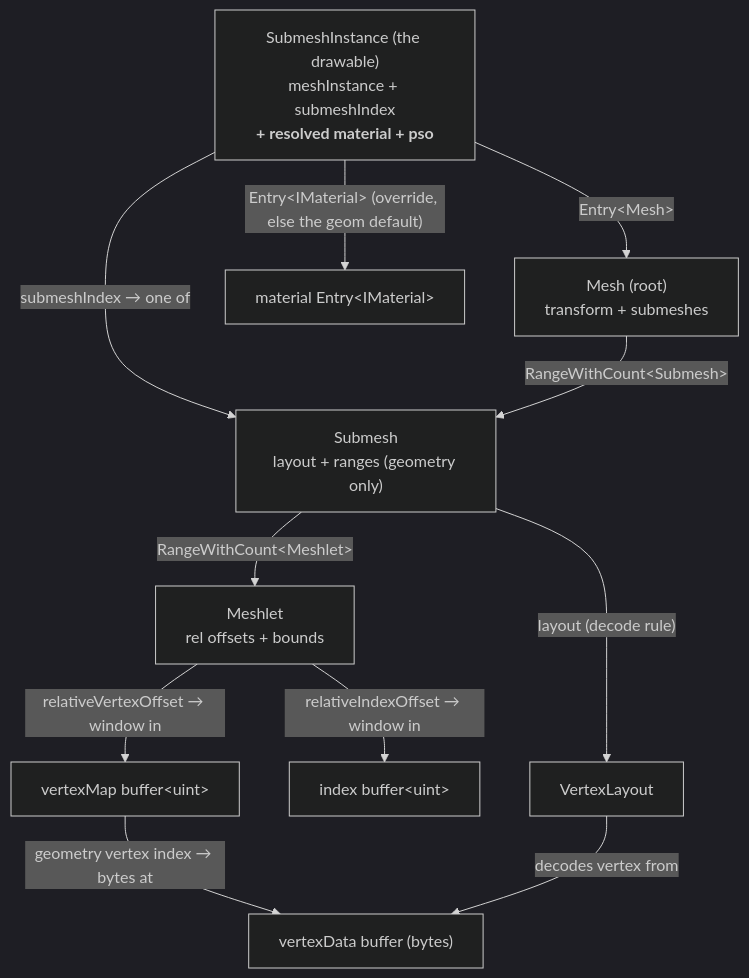
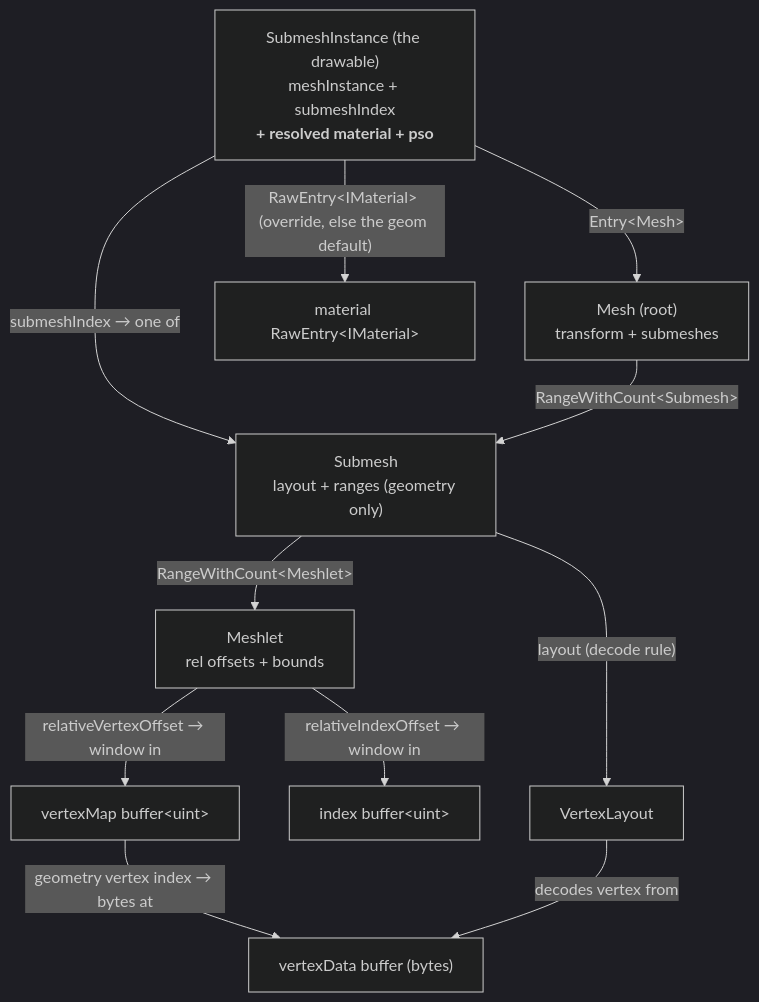
The diagram in docs/geometry_layout.md (alexjiang200407/bernini), drawn with Mermaid (dark theme) before and after one commit. The commit also changed other lines of this file and 124 other files, not shown here.

````diff
--- a/docs/geometry_layout.md
+++ b/docs/geometry_layout.md
@@ -190,23 +203,23 @@
 ```mermaid
 flowchart TD
     Inst["SubmeshInstance (the drawable)<br/>meshInstance + submeshIndex<br/><b>+ resolved material + pso</b>"]
     Mesh["Mesh (root)<br/>transform + submeshes"]
     Submesh["Submesh<br/>layout + ranges (geometry only)"]
     Meshlet["Meshlet<br/>rel offsets + bounds"]
     VMap["vertexMap buffer&lt;uint&gt;"]
     VData["vertexData buffer (bytes)"]
     IdxBuf["index buffer&lt;uint&gt;"]
     Layout["VertexLayout"]
-    Mat["material Entry&lt;IMaterial&gt;"]
+    Mat["material RawEntry&lt;IMaterial&gt;"]
 
     Inst -- "Entry&lt;Mesh&gt;" --> Mesh
     Inst -- "submeshIndex → one of" --> Submesh
-    Inst -- "Entry&lt;IMaterial&gt; (override, else the geom default)" --> Mat
+    Inst -- "RawEntry&lt;IMaterial&gt; (override, else the geom default)" --> Mat
     Mesh -- "RangeWithCount&lt;Submesh&gt;" --> Submesh
     Submesh -- "RangeWithCount&lt;Meshlet&gt;" --> Meshlet
     Submesh -- "layout (decode rule)" --> Layout
     Meshlet -- "relativeVertexOffset → window in" --> VMap
     Meshlet -- "relativeIndexOffset → window in" --> IdxBuf
     VMap -- "geometry vertex index → bytes at" --> VData
     Layout -- "decodes vertex from" --> VData
 ```
````
